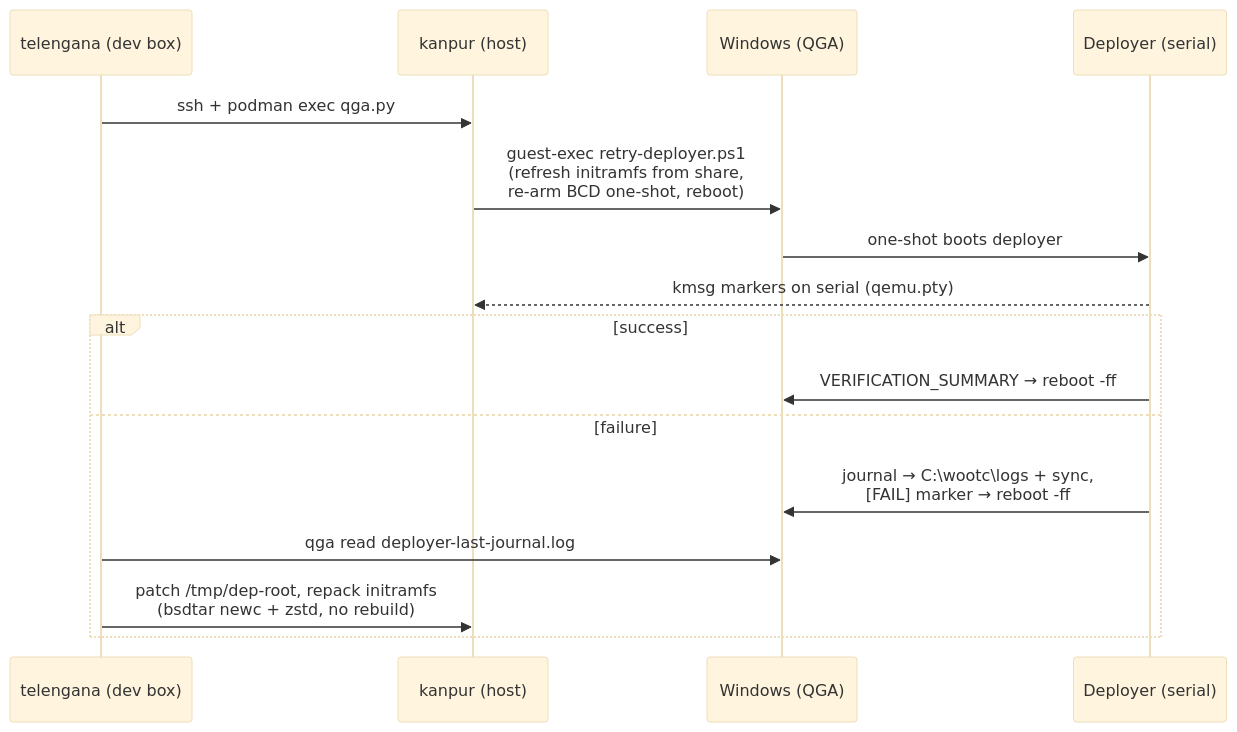
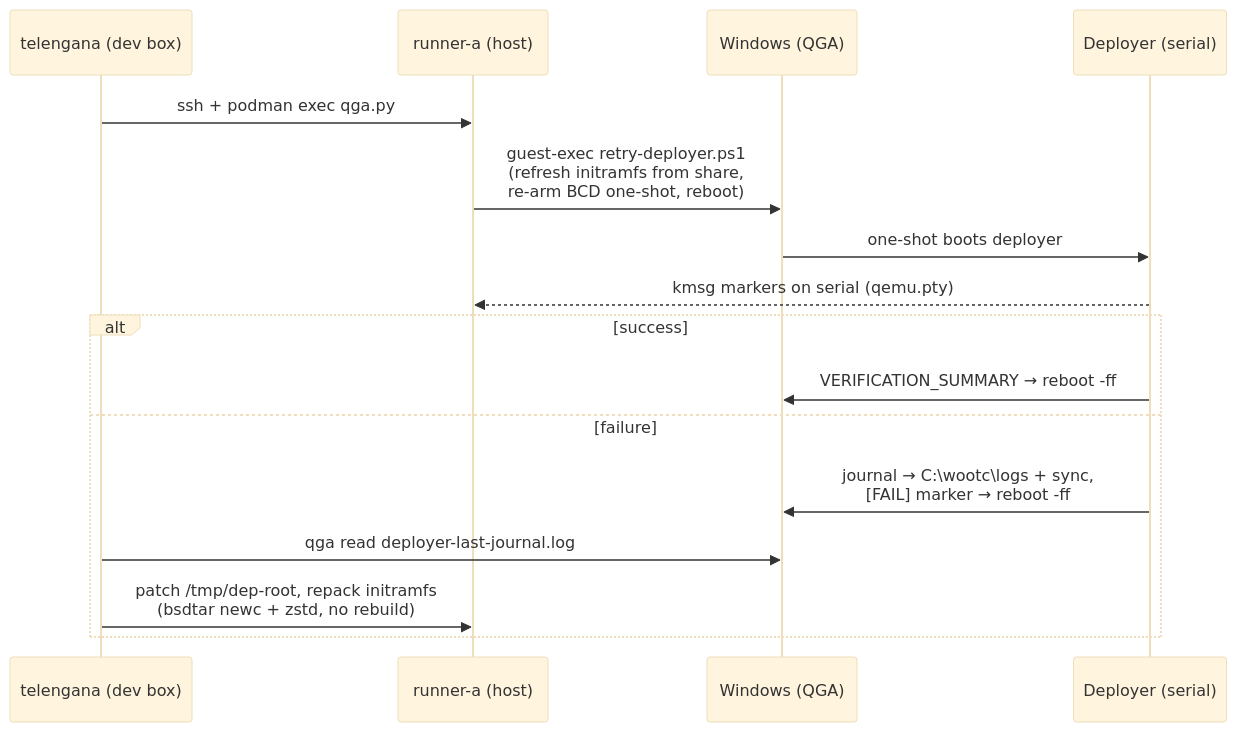
Before and after one commit to tuna-os/docs: the fourth of 5 diagrams in docs/wootc/e2e-architecture.md, drawn with Mermaid (base theme). The commit also changed other lines of this file and 66 other files, not shown here.

````diff
--- a/docs/wootc/e2e-architecture.md
+++ b/docs/wootc/e2e-architecture.md
@@ -136,19 +136,19 @@
 ```mermaid
 sequenceDiagram
     participant T as telengana (dev box)
-    participant K as kanpur (host)
+    participant K as runner-a (host)
     participant W as Windows (QGA)
     participant D as Deployer (serial)
 
     T->>K: ssh + podman exec qga.py
     K->>W: guest-exec retry-deployer.ps1<br/>(refresh initramfs from share,<br/>re-arm BCD one-shot, reboot)
     W->>D: one-shot boots deployer
     D-->>K: kmsg markers on serial (qemu.pty)
     alt success
         D->>W: VERIFICATION_SUMMARY → reboot -ff
     else failure
         D->>W: journal → C:\wootc\logs + sync,<br/>[FAIL] marker → reboot -ff
         T->>W: qga read deployer-last-journal.log
         T->>K: patch /tmp/dep-root, repack initramfs<br/>(bsdtar newc + zstd, no rebuild)
     end
 ```
````
